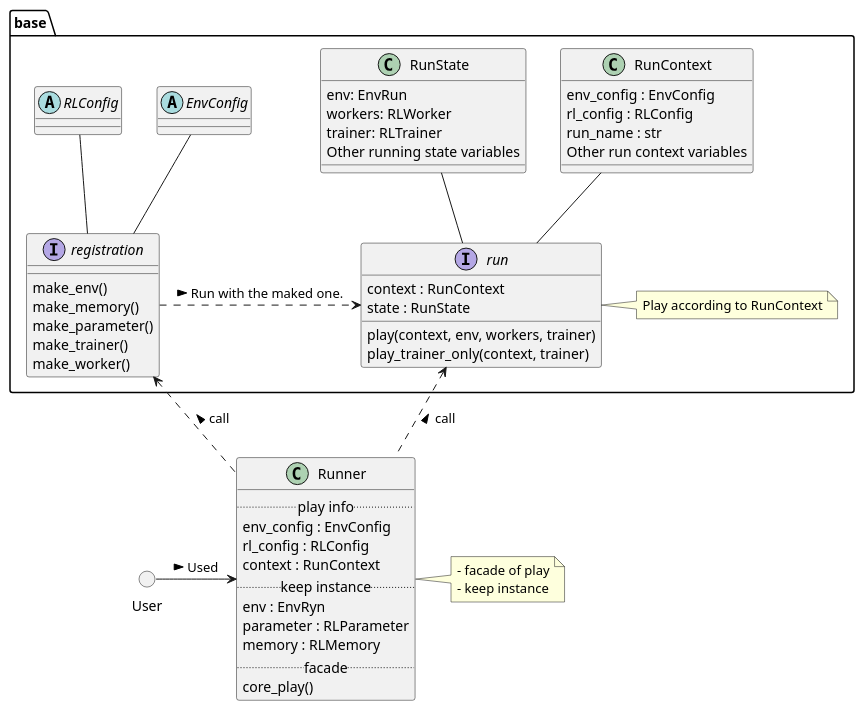
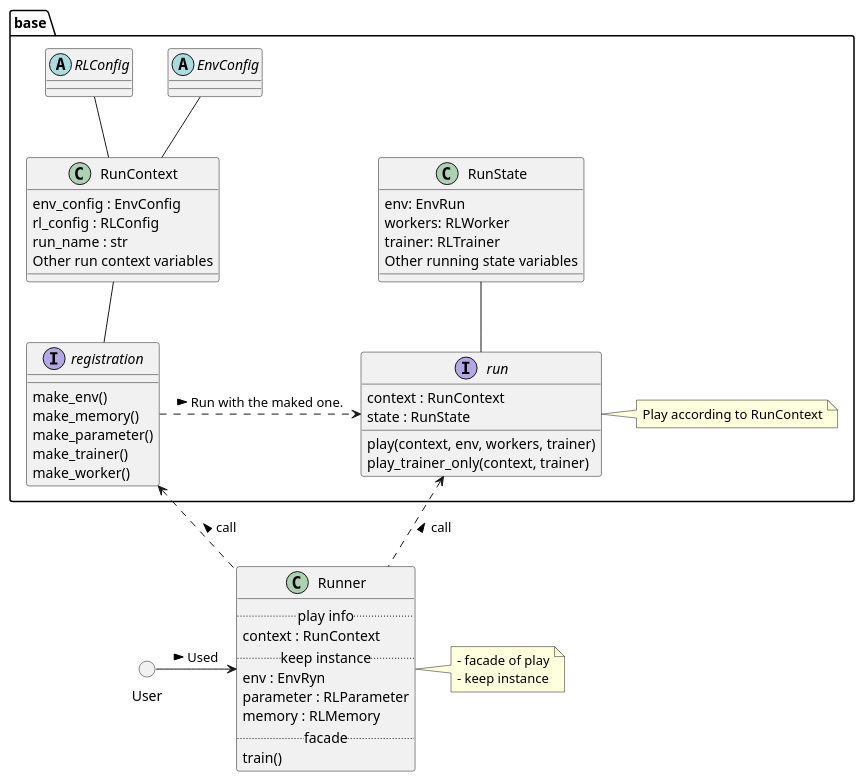
One commit to pocokhc/simple_distributed_rl changed the diagram in diagrams/class_runner.pu. Above: the diagram before and after it, drawn with PlantUML. The commit also changed 6 other files, not shown here.

Commit message:
[diagrams] update

```diff
--- a/diagrams/class_runner.pu
+++ b/diagrams/class_runner.pu
@@ -1,78 +1,73 @@
 @startuml class_runner
 
 abstract base.EnvConfig {}
 abstract base.RLConfig {}
 class base.RunContext {
     env_config : EnvConfig
     rl_config : RLConfig
     run_name : str
     Other run context variables
 }
 class base.RunState {
     env: EnvRun
     workers: RLWorker
     trainer: RLTrainer
     Other running state variables
 }
 
 
 ' --- registration
-
-base.EnvConfig -- base.registration
-base.RLConfig -- base.registration
+base.RunContext -- base.registration
+base.EnvConfig -- base.RunContext
+base.RLConfig -- base.RunContext
 
 interface base.registration {
     make_env()
     make_memory()
     make_parameter()
     make_trainer()
     make_worker()
 }
 
 
 ' --- run
-
-base.RunContext -- base.run
 base.RunState -- base.run
 
 interface base.run {
     context : RunContext
     state : RunState
     play(context, env, workers, trainer)
     play_trainer_only(context, trainer)
 }
 note as base.BaseRunMemo
 Play according to RunContext
 end note
 base.run <|- base.BaseRunMemo
 
 base.registration .> base.run : Run with the maked one. >
 
 ' --- Runner
-
 class Runner {
     .. play info ..
-    env_config : EnvConfig
-    rl_config : RLConfig
     context : RunContext
     .. keep instance ..
     env : EnvRyn
     parameter : RLParameter
     memory : RLMemory
     .. facade ..
-    core_play()
+    train()
 }
 base.registration <.. Runner : call <
 base.run <.. Runner : call <
 
 note as RunnerMemo
 - facade of play
 - keep instance
 end note
 Runner <|- RunnerMemo
 
 
 circle User
 User -> Runner : Used >
 
 @enduml
```
